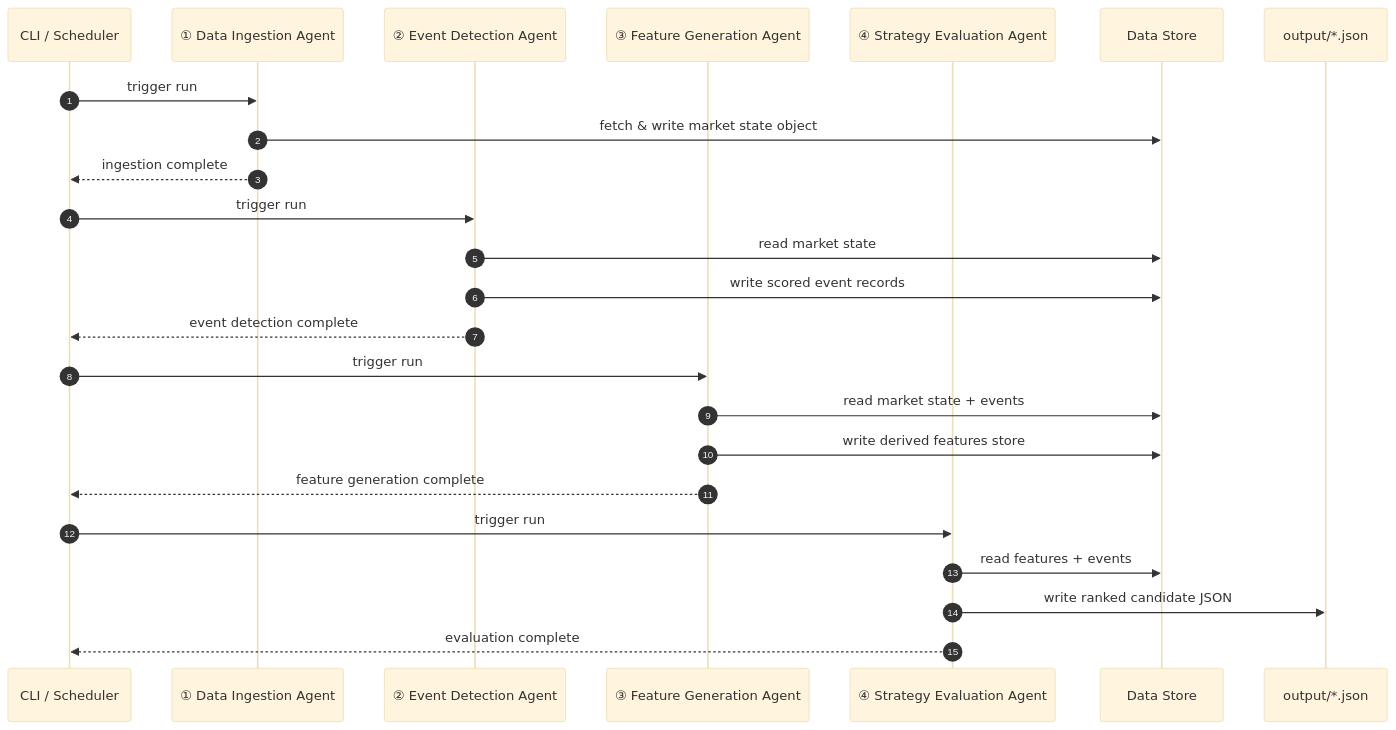
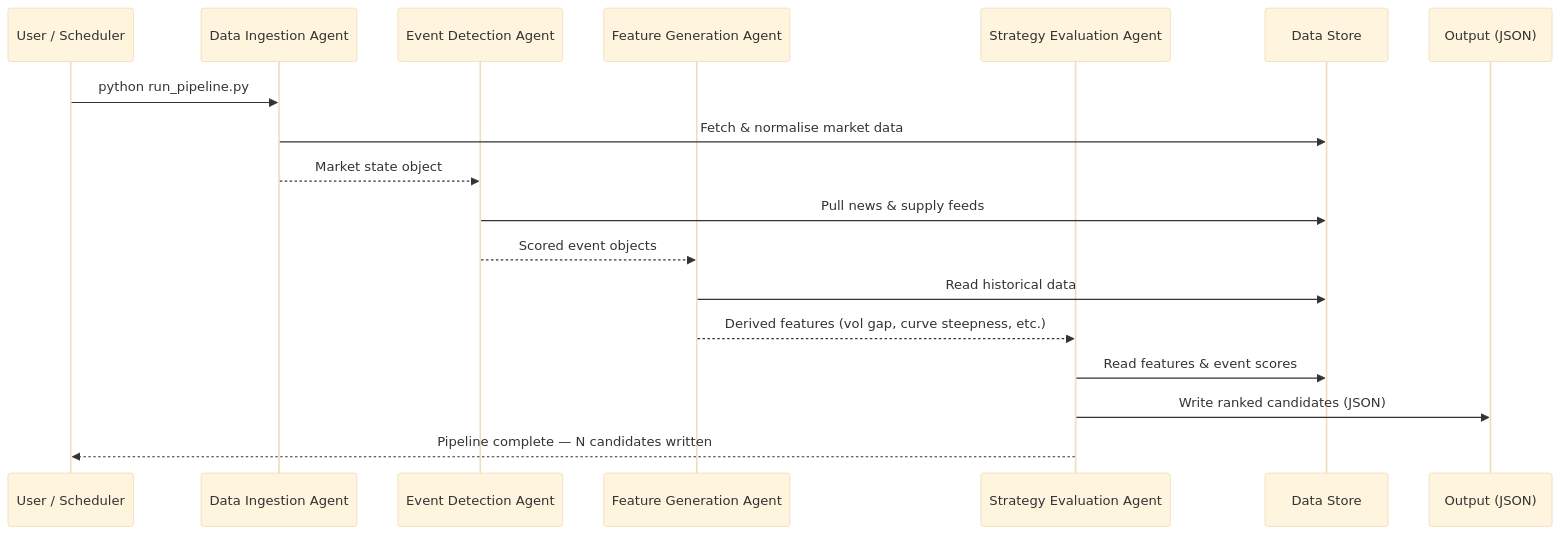
One commit to jeisenback/golden_boy_peanuts changed the second of 2 diagrams in docs/generated/user_guide_full-pipeline.md. Above: the diagram before and after it, drawn with Mermaid (base theme). The commit also changed other lines of this file, not shown here.

Commit message:
docs: regenerate user guide [skip ci]

````diff
--- a/docs/generated/user_guide_full-pipeline.md
+++ b/docs/generated/user_guide_full-pipeline.md
@@ -267,30 +232,24 @@
 ```mermaid
 sequenceDiagram
-    autonumber
-    participant CLI as CLI / Scheduler
-    participant DI  as ① Data Ingestion Agent
-    participant ED  as ② Event Detection Agent
-    participant FG  as ③ Feature Generation Agent
-    participant SE  as ④ Strategy Evaluation Agent
-    participant FS  as Data Store
-    participant OUT as output/*.json
+    participant CLI as User / Scheduler
+    participant DIA as Data Ingestion Agent
+    participant EDA as Event Detection Agent
+    participant FGA as Feature Generation Agent
+    participant SEA as Strategy Evaluation Agent
+    participant Store as Data Store
+    participant Out as Output (JSON)
 
-    CLI->>DI: trigger run
-    DI->>FS: fetch & write market state object
-    DI-->>CLI: ingestion complete
+    CLI->>DIA: python run_pipeline.py
+    DIA->>Store: Fetch & normalise market data
+    DIA-->>EDA: Market state object
 
-    CLI->>ED: trigger run
-    ED->>FS: read market state
-    ED->>FS: write scored event records
-    ED-->>CLI: event detection complete
+    EDA->>Store: Pull news & supply feeds
+    EDA-->>FGA: Scored event objects
 
-    CLI->>FG: trigger run
-    FG->>FS: read market state + events
-    FG->>FS: write derived features store
-    FG-->>CLI: feature generation complete
+    FGA->>Store: Read historical data
+    FGA-->>SEA: Derived features (vol gap, curve steepness, etc.)
 
-    CLI->>SE: trigger run
-    SE->>FS: read features + events
-    SE->>OUT: write ranked candidate JSON
-    SE-->>CLI: evaluation complete
+    SEA->>Store: Read features & event scores
+    SEA->>Out: Write ranked candidates (JSON)
+    SEA-->>CLI: Pipeline complete — N candidates written
 ```
````
